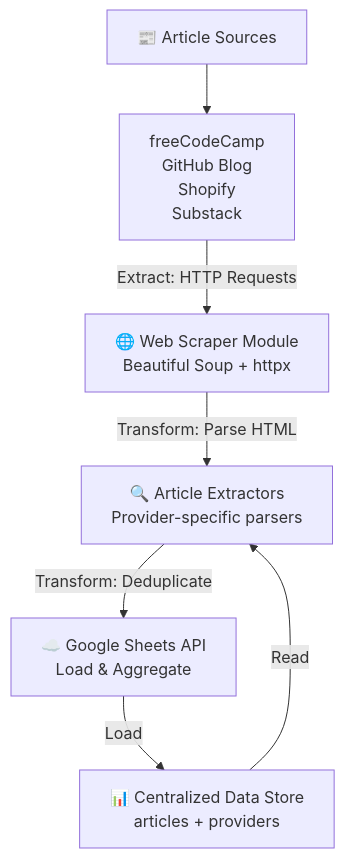
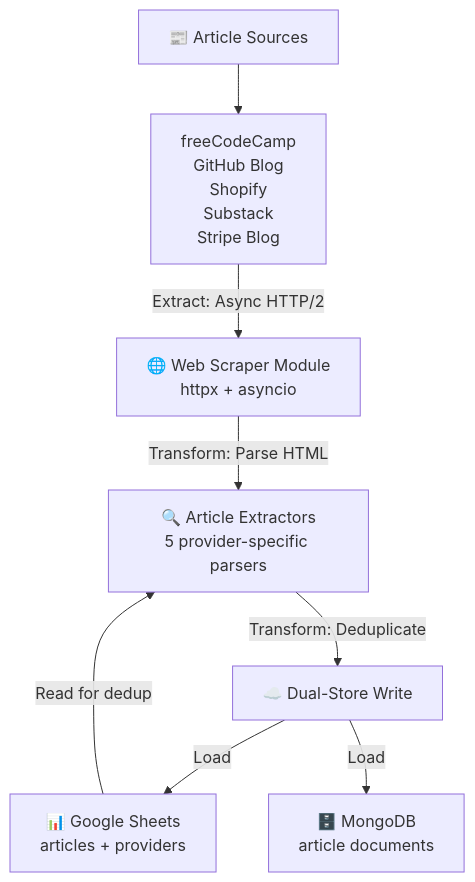
Before and after one commit to victoriacheng15/personal-reading-analytics-dashboard: the first of 3 diagrams in docs/extraction_architecture.md, drawn with Mermaid. The commit also changed other lines of this file and 2 other files, not shown here.

````diff
--- a/docs/extraction_architecture.md
+++ b/docs/extraction_architecture.md
@@ -11,9 +11,10 @@
 ```mermaid
 graph TD
-    A["📰 Article Sources"] --> B["freeCodeCamp<br/>GitHub Blog<br/>Shopify<br/>Substack"]
-    B -->|Extract: HTTP Requests| C["🌐 Web Scraper Module<br/>Beautiful Soup + httpx"]
-    C -->|Transform: Parse HTML| D["🔍 Article Extractors<br/>Provider-specific parsers"]
-    D -->|Transform: Deduplicate| E["☁️ Google Sheets API<br/>Load & Aggregate"]
-    E -->|Load| F["📊 Centralized Data Store<br/>articles + providers"]
-    F -->|Read| D
+    A["📰 Article Sources"] --> B["freeCodeCamp<br/>GitHub Blog<br/>Shopify<br/>Substack<br/>Stripe Blog"]
+    B -->|Extract: Async HTTP/2| C["🌐 Web Scraper Module<br/>httpx + asyncio"]
+    C -->|Transform: Parse HTML| D["🔍 Article Extractors<br/>5 provider-specific parsers"]
+    D -->|Transform: Deduplicate| E["☁️ Dual-Store Write"]
+    E -->|Load| F["📊 Google Sheets<br/>articles + providers"]
+    E -->|Load| G["🗄️ MongoDB<br/>article documents"]
+    F -->|Read for dedup| D
 ```
````
